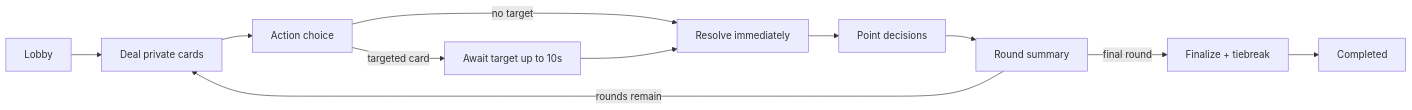
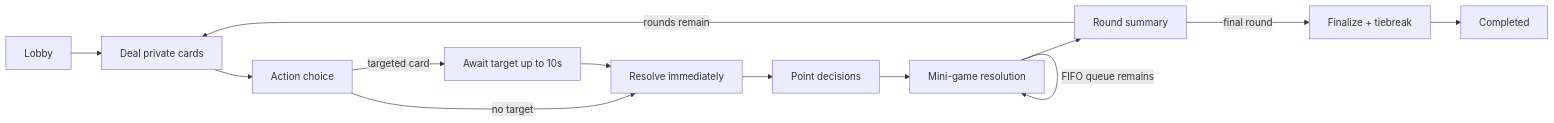
The second of 2 diagrams in README.md (japjotsingh18/ScoreUp), drawn with Mermaid before and after one commit. The commit also changed other lines of this file and 19 other files, not shown here.

Commit message:
Implement verified Milestone 5 mini-game challenges

````diff
--- a/README.md
+++ b/README.md
@@ -66,13 +71,15 @@
 ```mermaid
 flowchart LR
     L[Lobby] --> D[Deal private cards]
     D --> A[Action choice]
     A -->|no target| R[Resolve immediately]
     A -->|targeted card| T[Await target up to 10s]
     T --> R
     R --> P[Point decisions]
-    P --> S[Round summary]
+    P --> M[Mini-game resolution]
+    M -->|FIFO queue remains| M
+    M --> S[Round summary]
     S -->|rounds remain| D
     S -->|final round| F[Finalize + tiebreak]
     F --> C[Completed]
 ```
````
